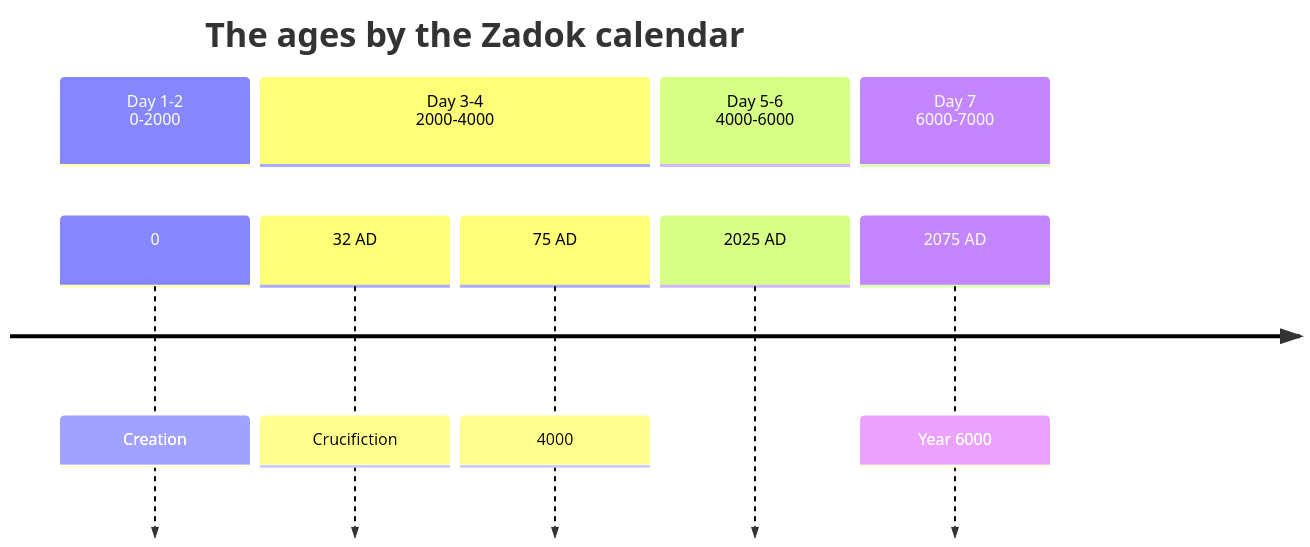
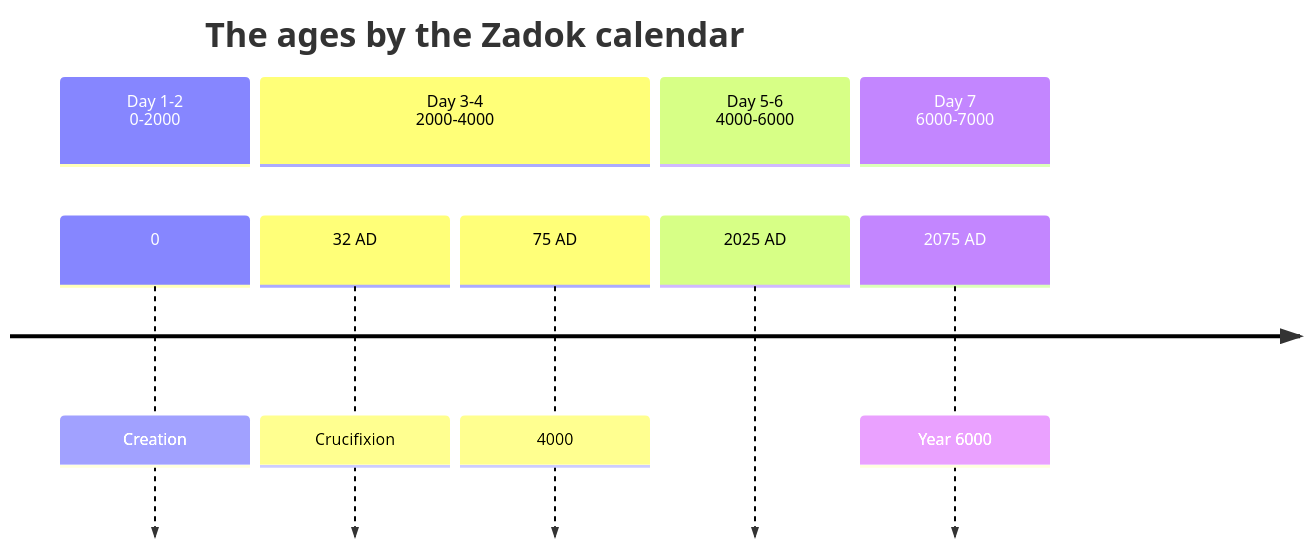
The diagram in docs/content/studies/prophecy/day-is-near.md (ding0t/bible_studies), drawn with Mermaid before and after one commit. The commit also changed other lines of this file and 1 other file, not shown here.

````diff
--- a/docs/content/studies/prophecy/day-is-near.md
+++ b/docs/content/studies/prophecy/day-is-near.md
@@ -109,14 +118,14 @@
 ```mermaid
 timeline
         title The ages by the Zadok calendar
         section Day 1-2 <br> 0-2000
           0: Creation
         section Day 3-4 <br> 2000-4000
-          32 AD : Crucifiction
+          32 AD : Crucifixion
           75 AD : 4000
         section Day 5-6<br> 4000-6000
-          2025 AD  
+          2025 AD
         section Day 7 <br> 6000-7000
           2075 AD : Year 6000
 
 ```
````
